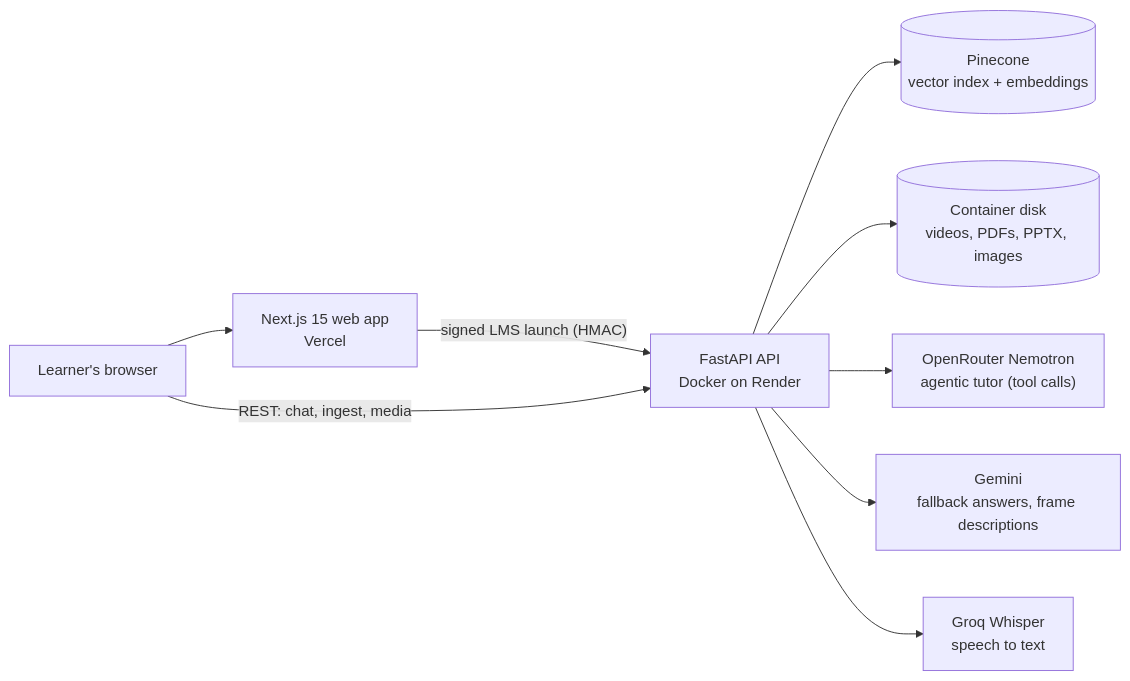
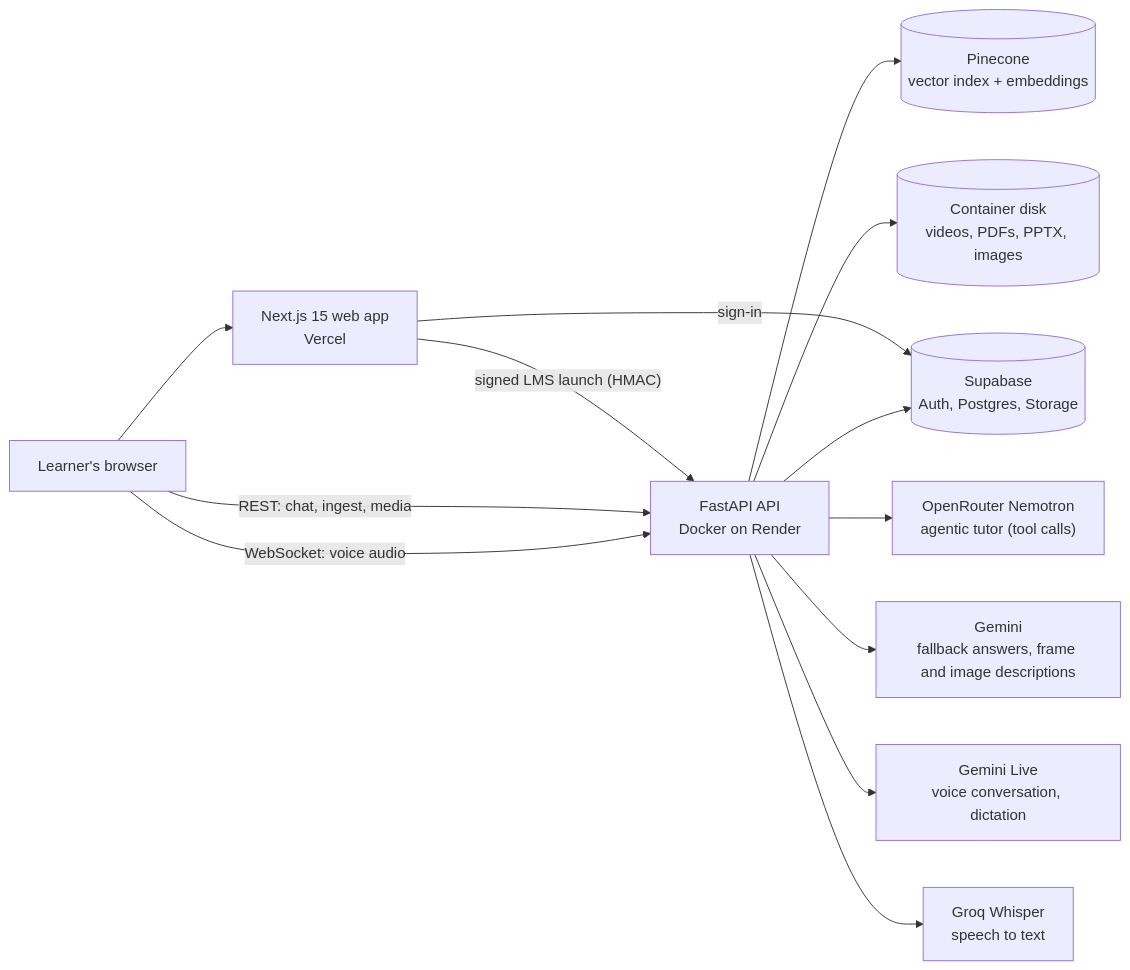
Before and after one commit to Nanu69-batman/ailearn: the diagram in README.md, drawn with Mermaid. The commit also changed other lines of this file and 10 other files, not shown here.

First line of the commit message:
docs(submission): accounts and Supabase storage, voice, chat images, auto titles, current test results

````diff
--- a/README.md
+++ b/README.md
@@ -166,11 +212,15 @@
 ```mermaid
 flowchart LR
   U["Learner's browser"] --> W["Next.js 15 web app<br/>Vercel"]
   W -->|"signed LMS launch (HMAC)"| A
   U -->|"REST: chat, ingest, media"| A["FastAPI API<br/>Docker on Render"]
+  U -->|"WebSocket: voice audio"| A
+  W -->|"sign-in"| SB
   A --> V[("Pinecone<br/>vector index + embeddings")]
   A --> S[("Container disk<br/>videos, PDFs, PPTX, images")]
+  A --> SB[("Supabase<br/>Auth, Postgres, Storage")]
   A --> O["OpenRouter Nemotron<br/>agentic tutor (tool calls)"]
-  A --> G["Gemini<br/>fallback answers, frame descriptions"]
+  A --> G["Gemini<br/>fallback answers, frame and image descriptions"]
+  A --> GL["Gemini Live<br/>voice conversation, dictation"]
   A --> Q["Groq Whisper<br/>speech to text"]
 ```
````
